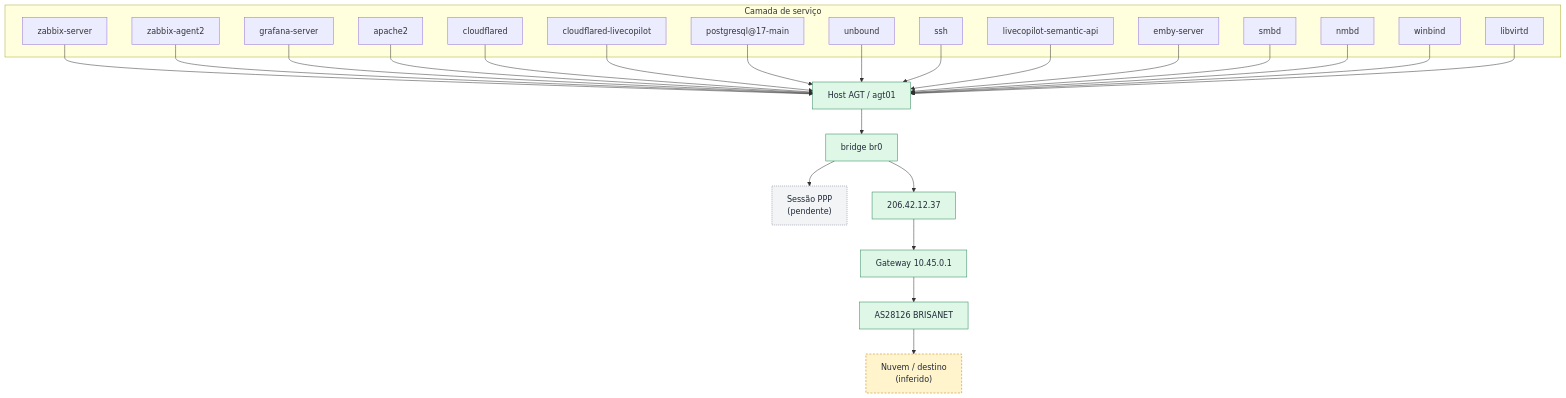
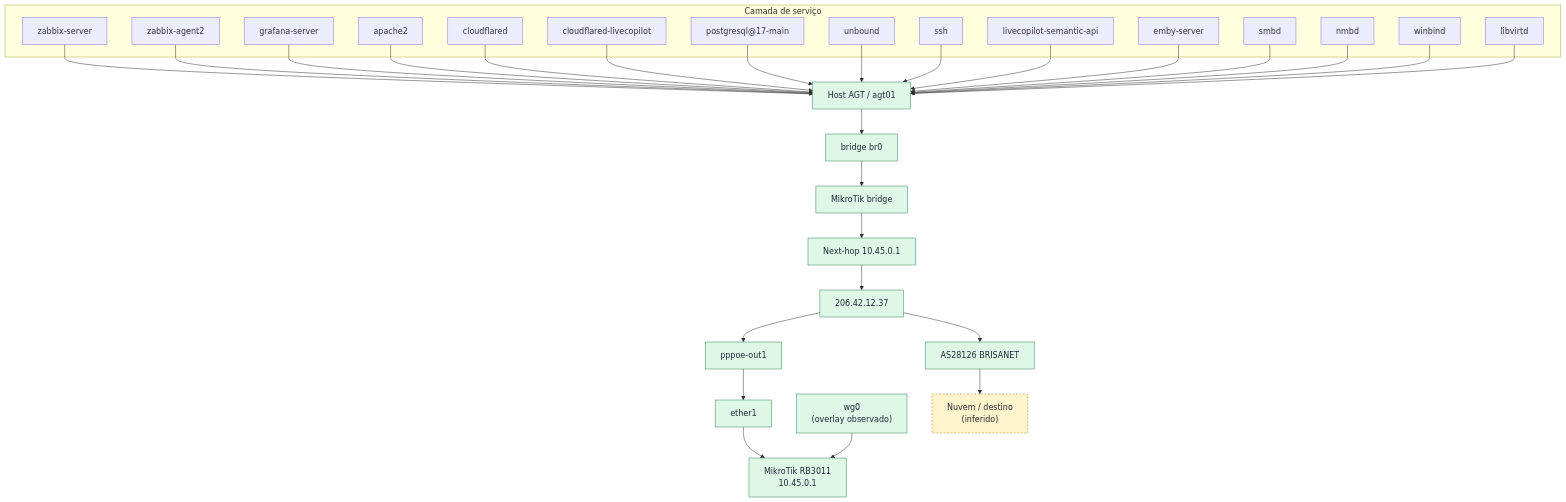
Before and after one commit to escossio/observabilidade: the diagram in dependency-graph/views/agt_dependency_graph.mmd, drawn with Mermaid. The commit also changed 3 other files, not shown here.

Commit message:
feat: connect mikrotik edge into agt dependency graph

```diff
--- a/dependency-graph/views/agt_dependency_graph.mmd
+++ b/dependency-graph/views/agt_dependency_graph.mmd
@@ -1,58 +1,65 @@
 flowchart TB
   subgraph SVC["Camada de serviço"]
     zabbix_server["zabbix-server"]
     zabbix_agent2["zabbix-agent2"]
     grafana_server["grafana-server"]
     apache2["apache2"]
     cloudflared["cloudflared"]
     cloudflared_livecopilot["cloudflared-livecopilot"]
     postgresql["postgresql@17-main"]
     unbound["unbound"]
     ssh["ssh"]
     livecopilot_api["livecopilot-semantic-api"]
     emby["emby-server"]
     smbd["smbd"]
     nmbd["nmbd"]
     winbind["winbind"]
     libvirtd["libvirtd"]
   end
 
   host["Host AGT / agt01"]
 
   br0["bridge br0"]
-  ppp["Sessão PPP<br/>(pendente)"]
+  mikrotik_bridge["MikroTik bridge"]
+  nexthop["Next-hop 10.45.0.1"]
   public_ip["206.42.12.37"]
-  nexthop["Gateway 10.45.0.1"]
+  pppoe["pppoe-out1"]
+  ether1["ether1"]
+  mikrotik["MikroTik RB3011<br/>10.45.0.1"]
+  wg0["wg0<br/>(overlay observado)"]
   provider["AS28126 BRISANET"]
   destination["Nuvem / destino<br/>(inferido)"]
 
   zabbix_server --> host
   zabbix_agent2 --> host
   grafana_server --> host
   apache2 --> host
   cloudflared --> host
   cloudflared_livecopilot --> host
   postgresql --> host
   unbound --> host
   ssh --> host
   livecopilot_api --> host
   emby --> host
   smbd --> host
   nmbd --> host
   winbind --> host
   libvirtd --> host
 
   host --> br0
-  br0 --> ppp
-  br0 --> public_ip
-  public_ip --> nexthop
-  nexthop --> provider
+  br0 --> mikrotik_bridge
+  mikrotik_bridge --> nexthop
+  nexthop --> public_ip
+  public_ip --> pppoe
+  pppoe --> ether1
+  ether1 --> mikrotik
+  wg0 --> mikrotik
+  public_ip --> provider
   provider --> destination
 
   classDef observed fill:#dff7e7,stroke:#2f855a,color:#1f2937,stroke-width:1px;
   classDef inferred fill:#fff4cc,stroke:#b7791f,color:#1f2937,stroke-width:1px,stroke-dasharray: 4 3;
   classDef pending fill:#f3f4f6,stroke:#6b7280,color:#1f2937,stroke-width:1px,stroke-dasharray: 2 2;
 
-  class host,br0,public_ip,nexthop,provider observed;
-  class ppp pending;
+  class host,br0,mikrotik_bridge,nexthop,public_ip,pppoe,ether1,mikrotik,wg0,provider observed;
   class destination inferred;
```
